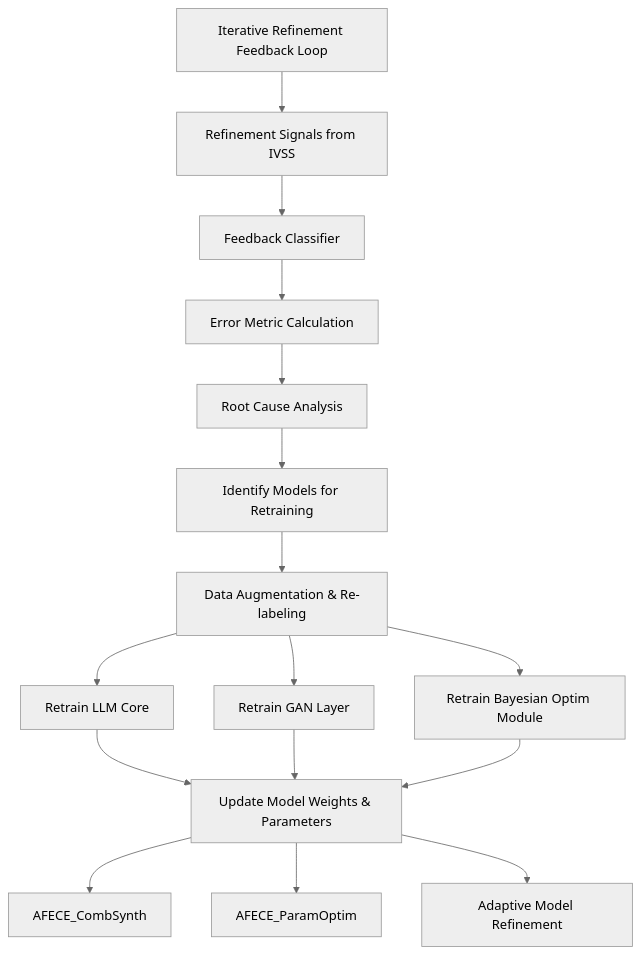
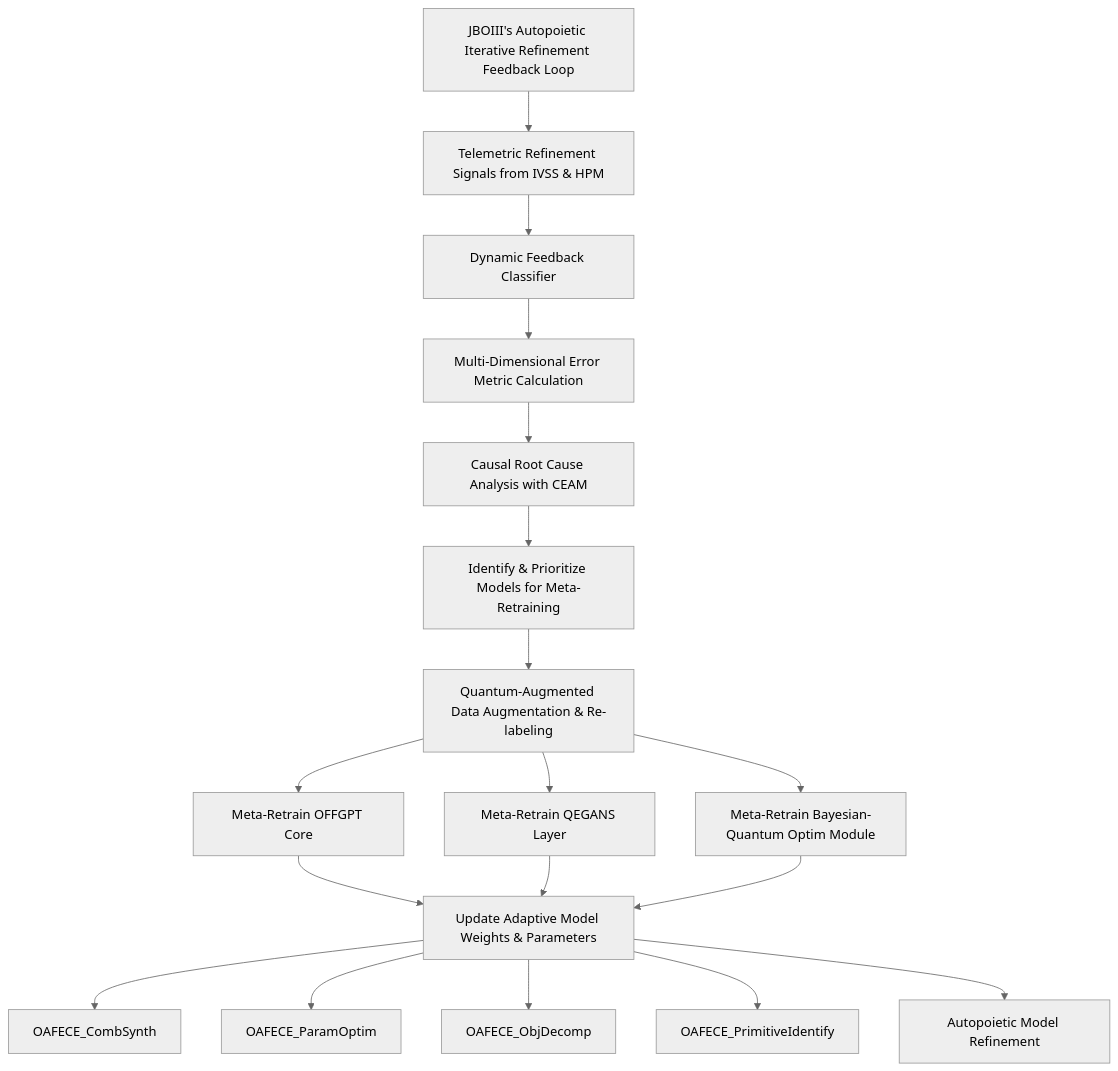
One commit to diplomat-bit/Citibank_Demo_Business_Inc_Demonstration- changed the eighth of 11 diagrams in inventions/inventions/AFECE_detailed_generative_flow.md. Above: the diagram before and after it, drawn with Mermaid (neutral theme). The commit also changed other lines of this file, not shown here.

````diff
--- a/inventions/inventions/AFECE_detailed_generative_flow.md
+++ b/inventions/inventions/AFECE_detailed_generative_flow.md
@@ -448,16 +780,18 @@
 ```mermaid
 graph TD
-    IRFL_Start[Iterative Refinement Feedback Loop] --> IVSS_Refine[Refinement Signals from IVSS]
-    IVSS_Refine --> FB_Classifier[Feedback Classifier]
-    FB_Classifier --> FB_ErrorMetric[Error Metric Calculation]
-    FB_ErrorMetric --> FB_RootCause[Root Cause Analysis]
-    FB_RootCause --> AR_ModelSelect[Identify Models for Retraining]
-    AR_ModelSelect --> AR_DataAugment[Data Augmentation & Re-labeling]
-    AR_DataAugment --> AR_TrainLLM[Retrain LLM Core]
-    AR_DataAugment --> AR_TrainGAN[Retrain GAN Layer]
-    AR_DataAugment --> AR_TrainBO[Retrain Bayesian Optim Module]
-    AR_TrainLLM & AR_TrainGAN & AR_TrainBO --> AR_UpdateModelWeights[Update Model Weights & Parameters]
-    AR_UpdateModelWeights --> AFECE_CombSynth
-    AR_UpdateModelWeights --> AFECE_ParamOptim
-    AR_UpdateModelWeights --> AFECE_AdaptiveRefine[Adaptive Model Refinement]
+    IRFL_Start[JBOIII's Autopoietic Iterative Refinement Feedback Loop] --> IVSS_Refine[Telemetric Refinement Signals from IVSS & HPM]
+    IVSS_Refine --> FB_Classifier_Dynamic[Dynamic Feedback Classifier]
+    FB_Classifier_Dynamic --> FB_ErrorMetric_MultiDim[Multi-Dimensional Error Metric Calculation]
+    FB_ErrorMetric_MultiDim --> FB_RootCause_Causal[Causal Root Cause Analysis with CEAM]
+    FB_RootCause_Causal --> AR_ModelSelect_Targeted[Identify & Prioritize Models for Meta-Retraining]
+    AR_ModelSelect_Targeted --> AR_DataAugment_Synthetic[Quantum-Augmented Data Augmentation & Re-labeling]
+    AR_DataAugment_Synthetic --> AR_TrainOFFGPT[Meta-Retrain OFFGPT Core]
+    AR_DataAugment_Synthetic --> AR_TrainQEGANS[Meta-Retrain QEGANS Layer]
+    AR_DataAugment_Synthetic --> AR_TrainBQO[Meta-Retrain Bayesian-Quantum Optim Module]
+    AR_TrainOFFGPT & AR_TrainQEGANS & AR_TrainBQO --> AR_UpdateModelWeights_Adaptive[Update Adaptive Model Weights & Parameters]
+    AR_UpdateModelWeights_Adaptive --> OAFECE_CombSynth
+    AR_UpdateModelWeights_Adaptive --> OAFECE_ParamOptim
+    AR_UpdateModelWeights_Adaptive --> OAFECE_ObjDecomp
+    AR_UpdateModelWeights_Adaptive --> OAFECE_PrimitiveIdentify
+    AR_UpdateModelWeights_Adaptive --> OAFECE_AdaptiveRefine[Autopoietic Model Refinement]
 ```
````
